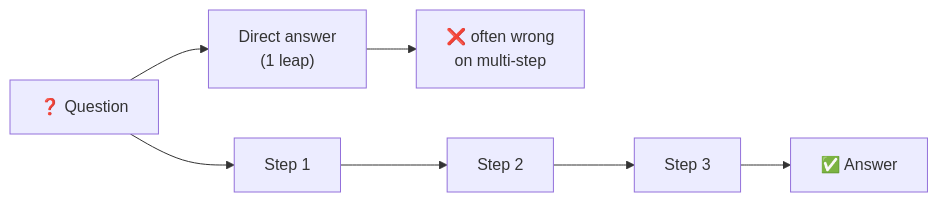
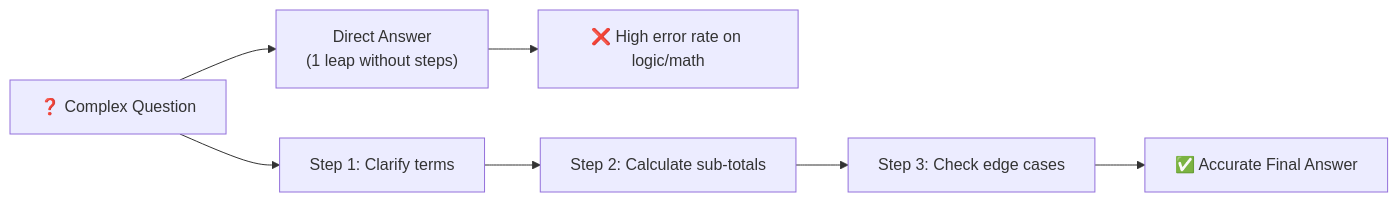
The first of 3 diagrams in modules/05-reasoning-techniques.md (ABVicky/Prompt-Engineering-by-Vicky), drawn with Mermaid before and after one commit. The commit also changed other lines of this file and 19 other files, not shown here.

````diff
--- a/modules/05-reasoning-techniques.md
+++ b/modules/05-reasoning-techniques.md
@@ -18,5 +37,5 @@
 ```mermaid
 flowchart LR
-    Q["❓ Question"] --> D["Direct answer<br/>(1 leap)"] --> X["❌ often wrong<br/>on multi-step"]
-    Q --> S1["Step 1"] --> S2["Step 2"] --> S3["Step 3"] --> A["✅ Answer"]
+    Q["❓ Complex Question"] --> D["Direct Answer<br/>(1 leap without steps)"] --> X["❌ High error rate on logic/math"]
+    Q --> S1["Step 1: Clarify terms"] --> S2["Step 2: Calculate sub-totals"] --> S3["Step 3: Check edge cases"] --> A["✅ Accurate Final Answer"]
 ```
````
